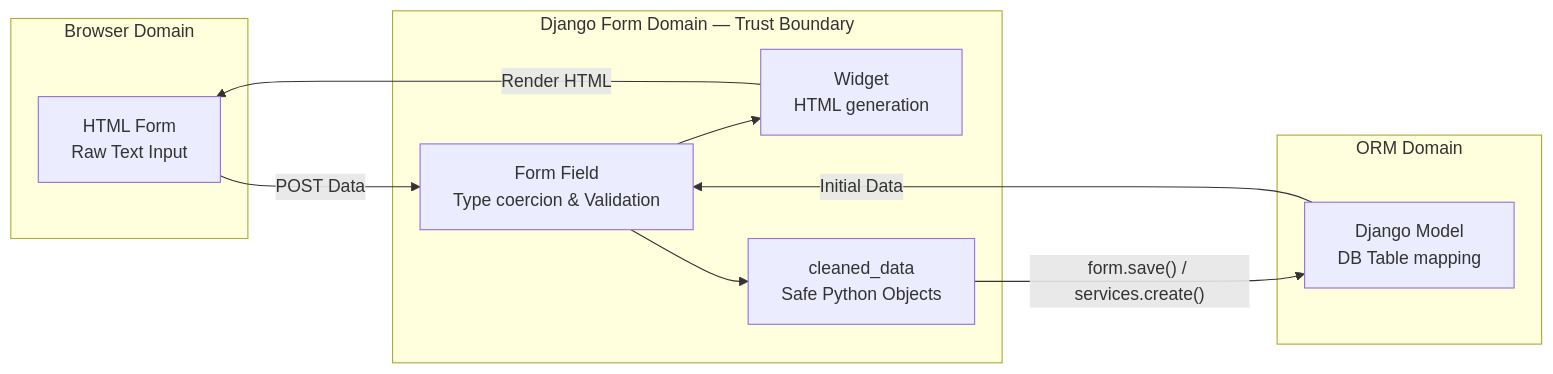
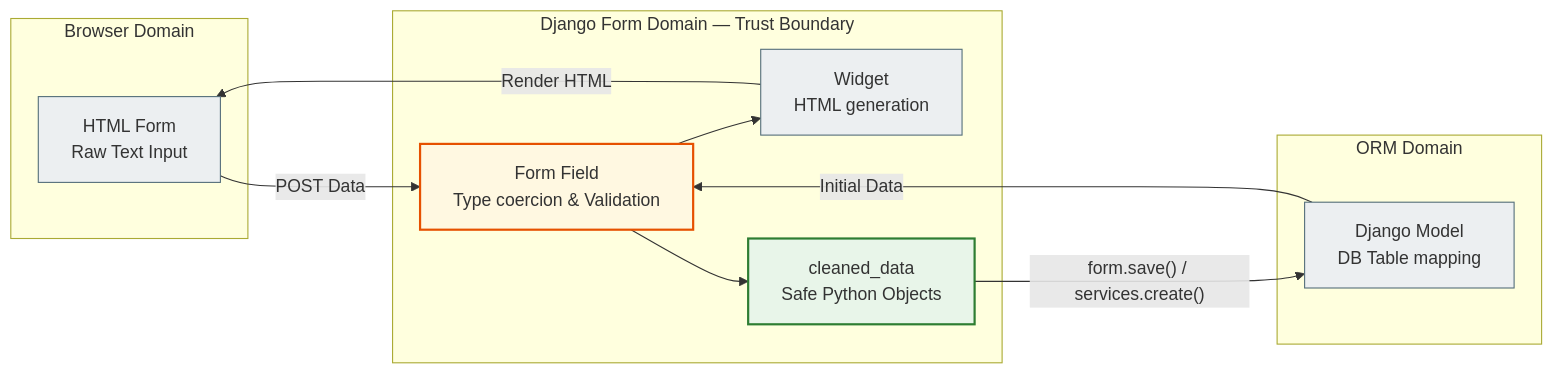
Diagram 11 of 12 in docs/04_forms_and_validation/django_forms_full.md (NikoriakViktot/notes_chat_app), drawn with Mermaid before and after one commit. The commit also changed other lines of this file and 441 other files, not shown here.

First line of the commit message:
Add English version of the book, Mermaid standard, docs fixes

````diff
--- a/docs/04_forms_and_validation/django_forms_full.md
+++ b/docs/04_forms_and_validation/django_forms_full.md
@@ -1163,23 +1238,30 @@
 ```mermaid
 graph LR
     subgraph Frontend["Browser Domain"]
-        HTML_Form["HTML Form\nRaw Text Input"]
+        HTML_Form["HTML Form<br>Raw Text Input"]
     end
 
     subgraph Backend["Django Form Domain — Trust Boundary"]
-        Widget["Widget\nHTML generation"]
-        Field["Form Field\nType coercion & Validation"]
-        CleanedData["cleaned_data\nSafe Python Objects"]
+        Widget["Widget<br>HTML generation"]
+        Field["Form Field<br>Type coercion & Validation"]
+        CleanedData["cleaned_data<br>Safe Python Objects"]
     end
 
     subgraph Database["ORM Domain"]
-        Model["Django Model\nDB Table mapping"]
+        Model["Django Model<br>DB Table mapping"]
     end
 
     HTML_Form -- POST Data --> Field
     Field --> CleanedData
     CleanedData -- "form.save() / services.create()" --> Model
     Model -- Initial Data --> Field
     Field --> Widget
     Widget -- Render HTML --> HTML_Form
+
+    classDef step     fill:#eceff1,stroke:#546e7a,stroke-width:1px;
+    classDef success  fill:#e8f5e9,stroke:#2e7d32,stroke-width:2px;
+    classDef warning  fill:#fff8e1,stroke:#e65100,stroke-width:2px;
+    class HTML_Form,Widget,Model step;
+    class CleanedData success;
+    class Field warning;
 ```
````
